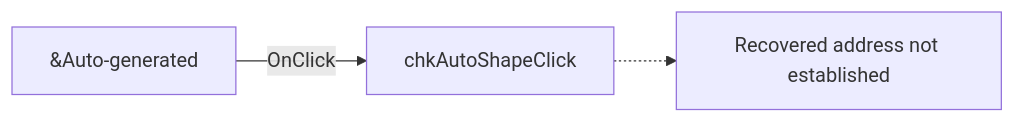
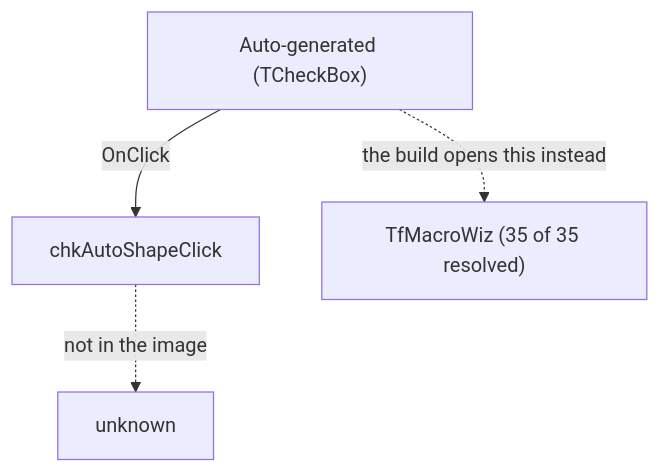
Before and after one commit to MovGP0/TIARA: the diagram in docs/ui-controls/newmacrocompform/chkautoshape-bc6c8aef88.md, drawn with Mermaid. The commit also changed other lines of this file and 106 other files, not shown here.

````diff
--- a/docs/ui-controls/newmacrocompform/chkautoshape-bc6c8aef88.md
+++ b/docs/ui-controls/newmacrocompform/chkautoshape-bc6c8aef88.md
@@ -27,5 +31,6 @@
 ```mermaid
-flowchart LR
-    control["&Auto-generated"] -->|OnClick| handler["chkAutoShapeClick"]
-    handler -.-> unresolved["Recovered address not established"]
+flowchart TD
+    control["Auto-generated (TCheckBox)"] -->|"OnClick"| handler["chkAutoShapeClick"]
+    handler -.->|"not in the image"| gone["unknown"]
+    control -.->|"the build opens this instead"| modern["TfMacroWiz (35 of 35 resolved)"]
 ```
````
